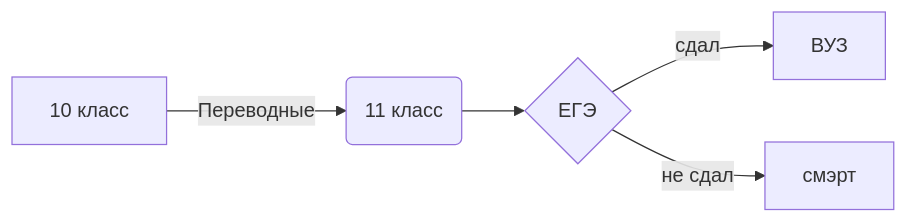
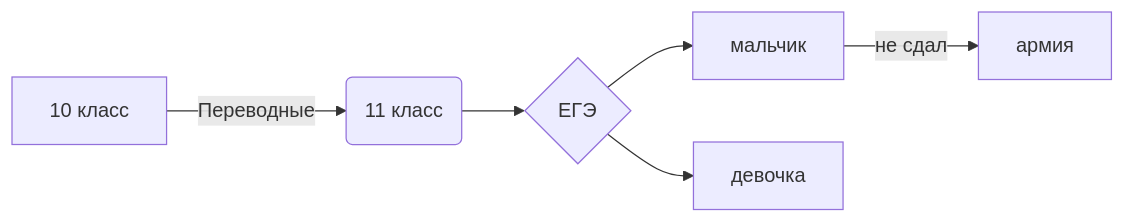
One commit to jjk05/jk changed the diagram in README.md. Above: the diagram before and after it, drawn with Mermaid.

````diff
--- a/README.md
+++ b/README.md
@@ -35,9 +35,10 @@
 ```mermaid
 flowchart LR
 
 
 A[10 класс] -->|Переводные| B(11 класс)
 B --> C{ЕГЭ}
-C -->|сдал| D[ВУЗ]
-C -->|не сдал| E[смэрт]
+C --> D[мальчик]
+C --> T[девочка]
+D -->|не сдал| E[армия]
 ```
````
